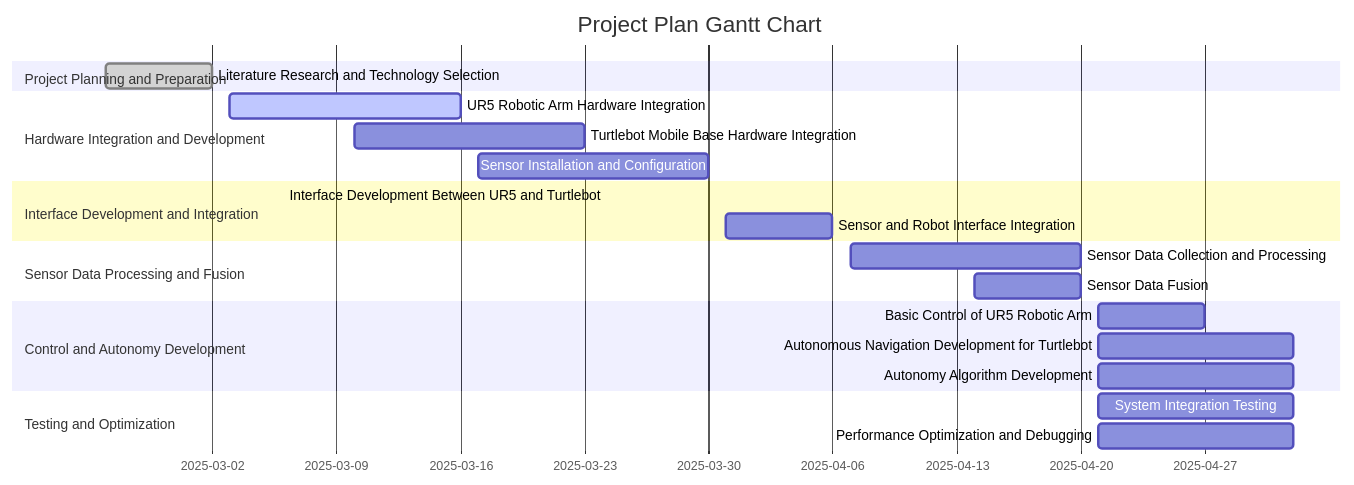
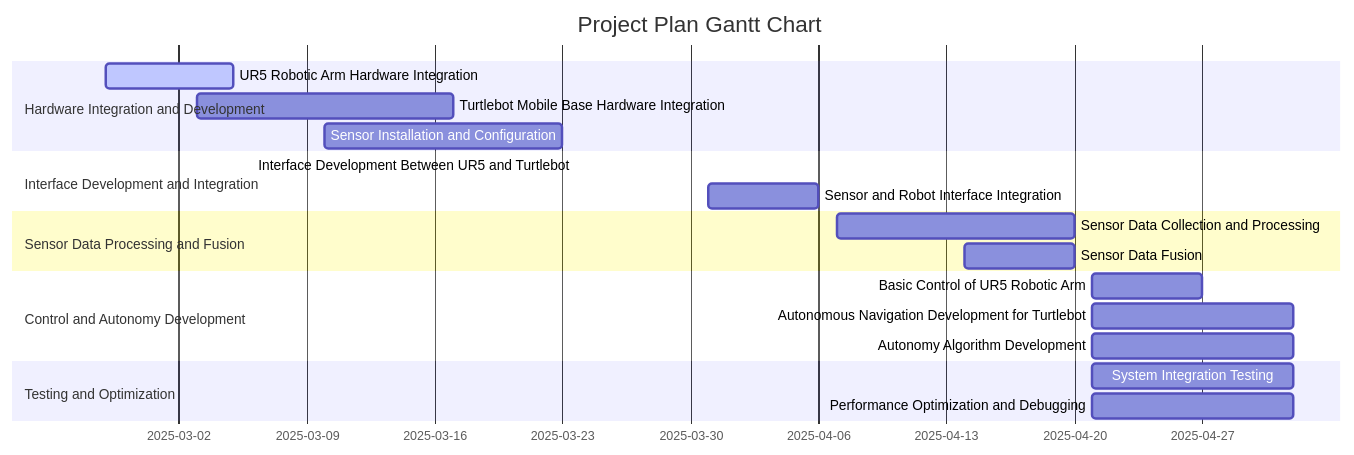
The diagram in docs/timeline.md (RAS598-2025-S-Team12/RAS598-2025-S-Team12.github.io), drawn with Mermaid before and after one commit.

````diff
--- a/docs/timeline.md
+++ b/docs/timeline.md
@@ -6,33 +6,31 @@
 ``` mermaid
 
 gantt
     title Project Plan Gantt Chart
     dateFormat  YYYY-MM-DD
-    section Project Planning and Preparation
-    Literature Research and Technology Selection   :done, task1_2, 2025-02-24, 2025-03-02
 
     section Hardware Integration and Development
-    UR5 Robotic Arm Hardware Integration           :active, task2_1, 2025-03-03, 2025-03-16
-    Turtlebot Mobile Base Hardware Integration     :task2_2, 2025-03-10, 2025-03-23
-    Sensor Installation and Configuration          :task2_3, 2025-03-17, 2025-03-30
+    UR5 Robotic Arm Hardware Integration           :active, task2_1, 2025-02-26, 2025-03-05
+    Turtlebot Mobile Base Hardware Integration     :task2_2, 2025-03-03, 2025-03-17
+    Sensor Installation and Configuration          :task2_3, 2025-03-10, 2025-03-23
 
     section Interface Development and Integration
     Interface Development Between UR5 and Turtlebot :task3_1, 2025-03-24, 2025-03-06
     Sensor and Robot Interface Integration          :task3_2, 2025-03-31, 2025-04-06
 
     section Sensor Data Processing and Fusion
     Sensor Data Collection and Processing           :task4_1, 2025-04-07, 2025-04-20
     Sensor Data Fusion                              :task4_2, 2025-04-14, 2025-04-20
 
     section Control and Autonomy Development
     Basic Control of UR5 Robotic Arm               :task5_1, 2025-04-21, 2025-04-27
     Autonomous Navigation Development for Turtlebot :task5_2, 2025-04-21, 2025-05-02
     Autonomy Algorithm Development                 :task5_3, 2025-04-21, 2025-05-02
 
     section Testing and Optimization
     System Integration Testing                     :task6_1, 2025-04-21, 2025-05-02
     Performance Optimization and Debugging         :task6_2, 2025-04-21, 2025-05-02
 
 
 
 ```
````
